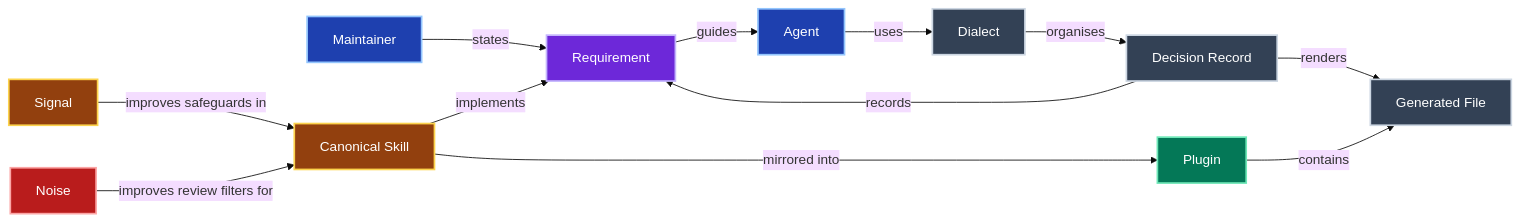
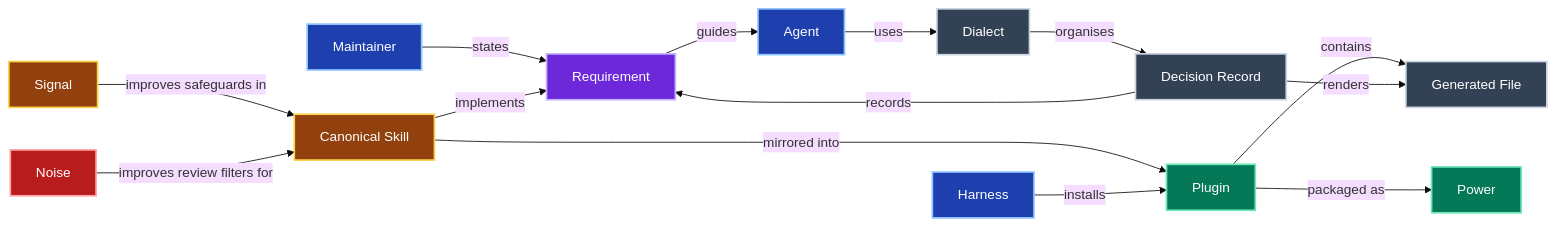
Before and after one commit to jpeakai/skills: the diagram in GLOSSARY.md, drawn with Mermaid (base theme). The commit also changed other lines of this file and 20 other files, not shown here.

````diff
--- a/GLOSSARY.md
+++ b/GLOSSARY.md
@@ -8,30 +8,34 @@
 ```mermaid
 flowchart LR
     M["Maintainer"]:::people
     R["Requirement"]:::rule
     A["Agent"]:::people
     D["Dialect"]:::record
     DR["Decision Record"]:::record
     CS["Canonical Skill"]:::info
     P["Plugin"]:::pipeline
     GF["Generated File"]:::record
     S["Signal"]:::info
     N["Noise"]:::forbidden
+    H["Harness"]:::people
+    PW["Power"]:::pipeline
     M -- states --> R
     R -- guides --> A
     A -- uses --> D
     D -- organises --> DR
     DR -->|records| R
     CS -- implements --> R
     CS -- mirrored into --> P
     P -- contains --> GF
     DR -- renders --> GF
     S -- improves safeguards in --> CS
     N -- improves review filters for --> CS
+    H -- installs --> P
+    P -- packaged as --> PW
     classDef people fill:#1e40af,stroke:#93c5fd,color:#fff,stroke-width:2px
     classDef info fill:#92400e,stroke:#fcd34d,color:#fff,stroke-width:2px
     classDef rule fill:#6d28d9,stroke:#c4b5fd,color:#fff,stroke-width:2px
     classDef forbidden fill:#b91c1c,stroke:#fca5a5,color:#fff,stroke-width:2px
     classDef pipeline fill:#047857,stroke:#6ee7b7,color:#fff,stroke-width:2px
     classDef record fill:#334155,stroke:#cbd5e1,color:#fff,stroke-width:2px
 ```
````
